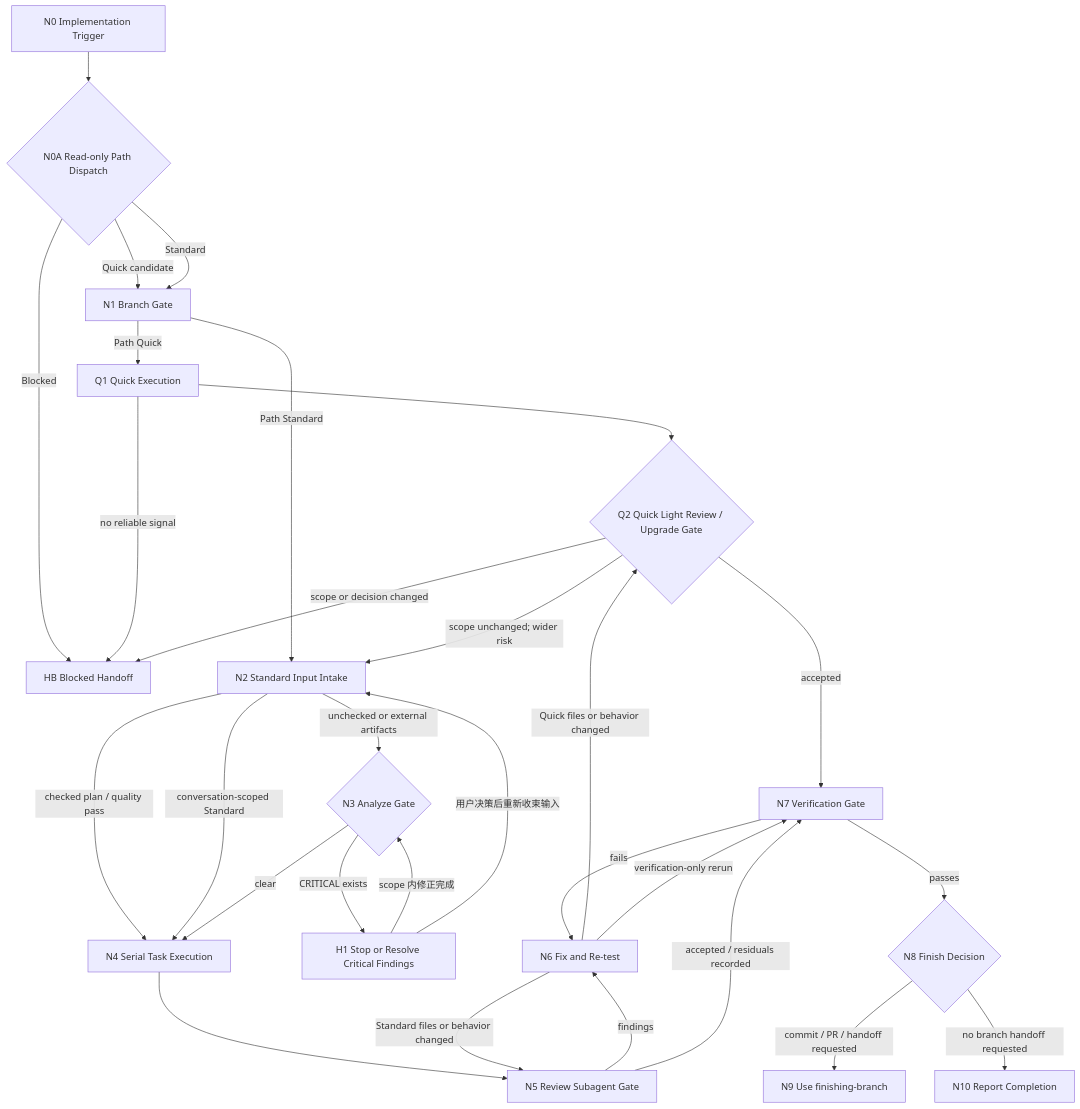
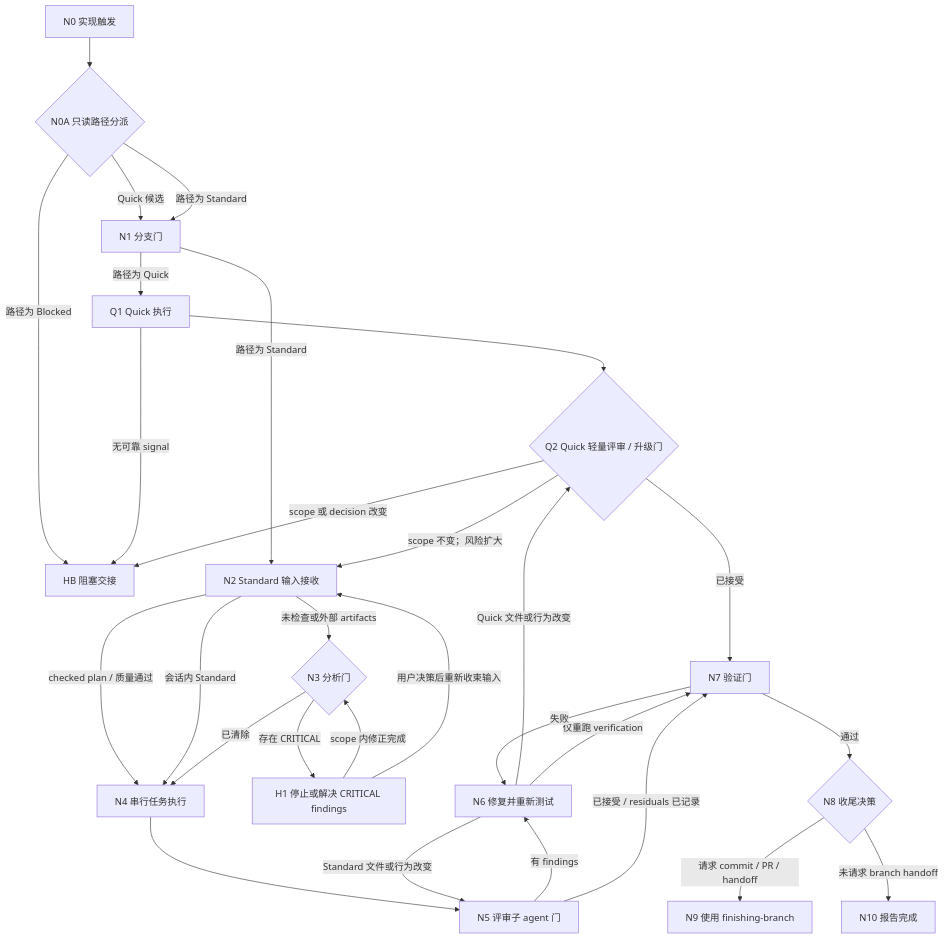
The diagram in implement/SKILL.md (fjxyyzg3/Skills), drawn with Mermaid before and after one commit. The commit also changed other lines of this file and 25 other files, not shown here.

````diff
--- a/implement/SKILL.md
+++ b/implement/SKILL.md
@@ -68,31 +64,31 @@
 ```mermaid
 flowchart TD
-  N0["N0 Implementation Trigger"] --> N0A{"N0A Read-only Path Dispatch"}
-  N0A -- "Quick candidate" --> N1["N1 Branch Gate"]
-  N0A -- "Standard" --> N1
-  N0A -- "Blocked" --> HB["HB Blocked Handoff"]
-  N1 -- "Path Quick" --> Q1["Q1 Quick Execution"]
-  N1 -- "Path Standard" --> N2["N2 Standard Input Intake"]
-  Q1 --> Q2{"Q2 Quick Light Review / Upgrade Gate"}
-  Q1 -- "no reliable signal" --> HB
-  Q2 -- "accepted" --> N7["N7 Verification Gate"]
-  Q2 -- "scope unchanged; wider risk" --> N2
-  Q2 -- "scope or decision changed" --> HB
-  N2 -- "checked plan / quality pass" --> N4["N4 Serial Task Execution"]
-  N2 -- "unchecked or external artifacts" --> N3{"N3 Analyze Gate"}
-  N2 -- "conversation-scoped Standard" --> N4
-  N3 -- "CRITICAL exists" --> H1["H1 Stop or Resolve Critical Findings"]
+  N0["N0 实现触发"] --> N0A{"N0A 只读路径分派"}
+  N0A -- "Quick 候选" --> N1["N1 分支门"]
+  N0A -- "路径为 Standard" --> N1
+  N0A -- "路径为 Blocked" --> HB["HB 阻塞交接"]
+  N1 -- "路径为 Quick" --> Q1["Q1 Quick 执行"]
+  N1 -- "路径为 Standard" --> N2["N2 Standard 输入接收"]
+  Q1 --> Q2{"Q2 Quick 轻量评审 / 升级门"}
+  Q1 -- "无可靠 signal" --> HB
+  Q2 -- "已接受" --> N7["N7 验证门"]
+  Q2 -- "scope 不变；风险扩大" --> N2
+  Q2 -- "scope 或 decision 改变" --> HB
+  N2 -- "checked plan / 质量通过" --> N4["N4 串行任务执行"]
+  N2 -- "未检查或外部 artifacts" --> N3{"N3 分析门"}
+  N2 -- "会话内 Standard" --> N4
+  N3 -- "存在 CRITICAL" --> H1["H1 停止或解决 CRITICAL findings"]
   H1 -- "scope 内修正完成" --> N3
   H1 -- "用户决策后重新收束输入" --> N2
-  N3 -- "clear" --> N4
-  N4 --> N5["N5 Review Subagent Gate"]
-  N5 -- "findings" --> N6["N6 Fix and Re-test"]
-  N6 -- "Quick files or behavior changed" --> Q2
-  N6 -- "Standard files or behavior changed" --> N5
-  N6 -- "verification-only rerun" --> N7
-  N5 -- "accepted / residuals recorded" --> N7
-  N7 -- "fails" --> N6
-  N7 -- "passes" --> N8{"N8 Finish Decision"}
-  N8 -- "commit / PR / handoff requested" --> N9["N9 Use finishing-branch"]
-  N8 -- "no branch handoff requested" --> N10["N10 Report Completion"]
+  N3 -- "已清除" --> N4
+  N4 --> N5["N5 评审子 agent 门"]
+  N5 -- "有 findings" --> N6["N6 修复并重新测试"]
+  N6 -- "Quick 文件或行为改变" --> Q2
+  N6 -- "Standard 文件或行为改变" --> N5
+  N6 -- "仅重跑 verification" --> N7
+  N5 -- "已接受 / residuals 已记录" --> N7
+  N7 -- "失败" --> N6
+  N7 -- "通过" --> N8{"N8 收尾决策"}
+  N8 -- "请求 commit / PR / handoff" --> N9["N9 使用 finishing-branch"]
+  N8 -- "未请求 branch handoff" --> N10["N10 报告完成"]
 ```
````
